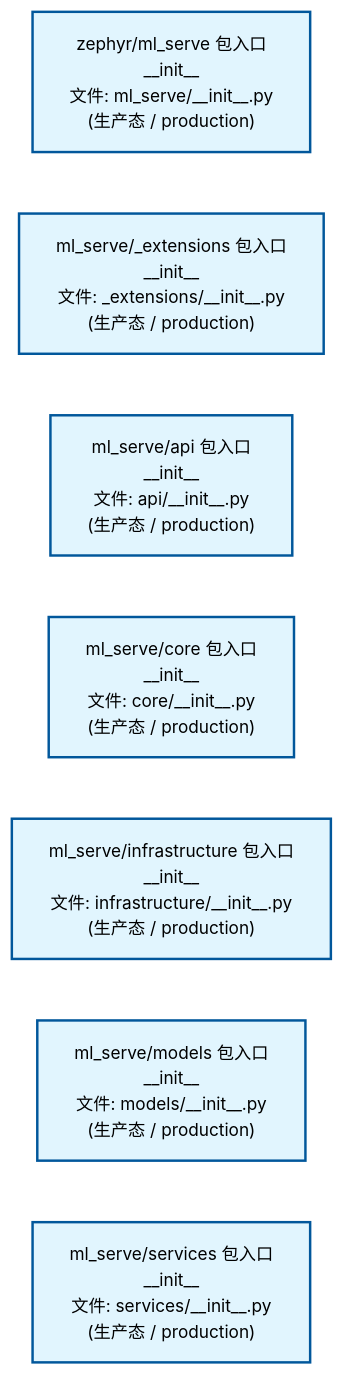
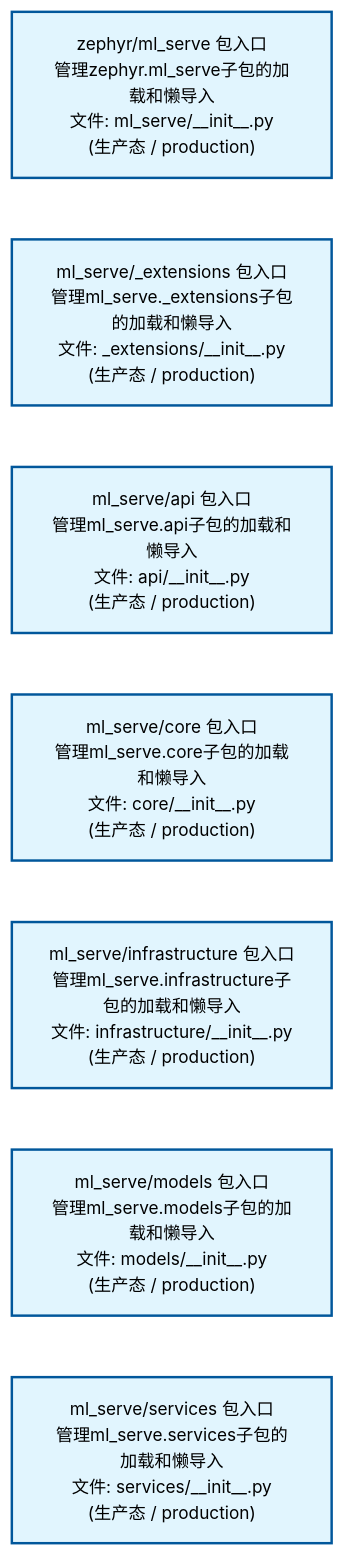
One commit to xuanFelixVan/ZephyrAlpha changed the first of 2 diagrams in docs/02_enterprise_architecture/02_domain_architecture_docs/60_d_ml_serve.md. Above: the diagram before and after it, drawn with Mermaid. The commit also changed other lines of this file and 62 other files, not shown here.

````diff
--- a/docs/02_enterprise_architecture/02_domain_architecture_docs/60_d_ml_serve.md
+++ b/docs/02_enterprise_architecture/02_domain_architecture_docs/60_d_ml_serve.md
@@ -53,22 +53,22 @@
 ```mermaid
 %%{init: {'theme': 'base', 'themeVariables': {'primaryColor': '#eaeaea', 'primaryTextColor': '#333333', 'primaryBorderColor': '#666666', 'lineColor': '#666666', 'secondaryColor': '#eaeaea', 'tertiaryColor': '#eaeaea', 'fontSize': '14px'}}}%%
 flowchart TD
-    src_zephyr_ml_serve_init_py["zephyr/ml_serve 包入口<br/>__init__<br/>文件: ml_serve/__init__.py<br/>(生产态 / production)"]
-    src_zephyr_ml_serve_extensions_init_py["ml_serve/_extensions 包入口<br/>__init__<br/>文件: _extensions/__init__.py<br/>(生产态 / production)"]
-    src_zephyr_ml_serve_api_init_py["ml_serve/api 包入口<br/>__init__<br/>文件: api/__init__.py<br/>(生产态 / production)"]
-    src_zephyr_ml_serve_core_init_py["ml_serve/core 包入口<br/>__init__<br/>文件: core/__init__.py<br/>(生产态 / production)"]
-    src_zephyr_ml_serve_infrastructure_init_py["ml_serve/infrastructure 包入口<br/>__init__<br/>文件: infrastructure/__init__.py<br/>(生产态 / production)"]
-    src_zephyr_ml_serve_models_init_py["ml_serve/models 包入口<br/>__init__<br/>文件: models/__init__.py<br/>(生产态 / production)"]
-    src_zephyr_ml_serve_services_init_py["ml_serve/services 包入口<br/>__init__<br/>文件: services/__init__.py<br/>(生产态 / production)"]
+    src_zephyr_ml_serve_init_py["zephyr/ml_serve 包入口<br/>管理zephyr.ml_serve子包的加载和懒导入<br/>文件: ml_serve/__init__.py<br/>(生产态 / production)"]
+    src_zephyr_ml_serve_extensions_init_py["ml_serve/_extensions 包入口<br/>管理ml_serve._extensions子包的加载和懒导入<br/>文件: _extensions/__init__.py<br/>(生产态 / production)"]
+    src_zephyr_ml_serve_api_init_py["ml_serve/api 包入口<br/>管理ml_serve.api子包的加载和懒导入<br/>文件: api/__init__.py<br/>(生产态 / production)"]
+    src_zephyr_ml_serve_core_init_py["ml_serve/core 包入口<br/>管理ml_serve.core子包的加载和懒导入<br/>文件: core/__init__.py<br/>(生产态 / production)"]
+    src_zephyr_ml_serve_infrastructure_init_py["ml_serve/infrastructure 包入口<br/>管理ml_serve.infrastructure子包的加载和懒导入<br/>文件: infrastructure/__init__.py<br/>(生产态 / production)"]
+    src_zephyr_ml_serve_models_init_py["ml_serve/models 包入口<br/>管理ml_serve.models子包的加载和懒导入<br/>文件: models/__init__.py<br/>(生产态 / production)"]
+    src_zephyr_ml_serve_services_init_py["ml_serve/services 包入口<br/>管理ml_serve.services子包的加载和懒导入<br/>文件: services/__init__.py<br/>(生产态 / production)"]
     src_zephyr_ml_serve_init_py ~~~ src_zephyr_ml_serve_extensions_init_py
     src_zephyr_ml_serve_extensions_init_py ~~~ src_zephyr_ml_serve_api_init_py
     src_zephyr_ml_serve_api_init_py ~~~ src_zephyr_ml_serve_core_init_py
     src_zephyr_ml_serve_core_init_py ~~~ src_zephyr_ml_serve_infrastructure_init_py
     src_zephyr_ml_serve_infrastructure_init_py ~~~ src_zephyr_ml_serve_models_init_py
     src_zephyr_ml_serve_models_init_py ~~~ src_zephyr_ml_serve_services_init_py
     classDef production fill:#e1f5fe,stroke:#01579b,stroke-width:2px,color:#000
     classDef design fill:#fff3e0,stroke:#e65100,stroke-width:2px,color:#000,stroke-dasharray: 5 5
     classDef external_prod fill:#e8f4fd,stroke:#0277bd,stroke-width:1px,color:#000
     classDef external_design fill:#fff8e7,stroke:#ef6c00,stroke-width:1px,color:#000,stroke-dasharray: 5 5
     class src_zephyr_ml_serve_init_py,src_zephyr_ml_serve_extensions_init_py,src_zephyr_ml_serve_api_init_py,src_zephyr_ml_serve_core_init_py,src_zephyr_ml_serve_infrastructure_init_py,src_zephyr_ml_serve_models_init_py,src_zephyr_ml_serve_services_init_py production
 ```
````
